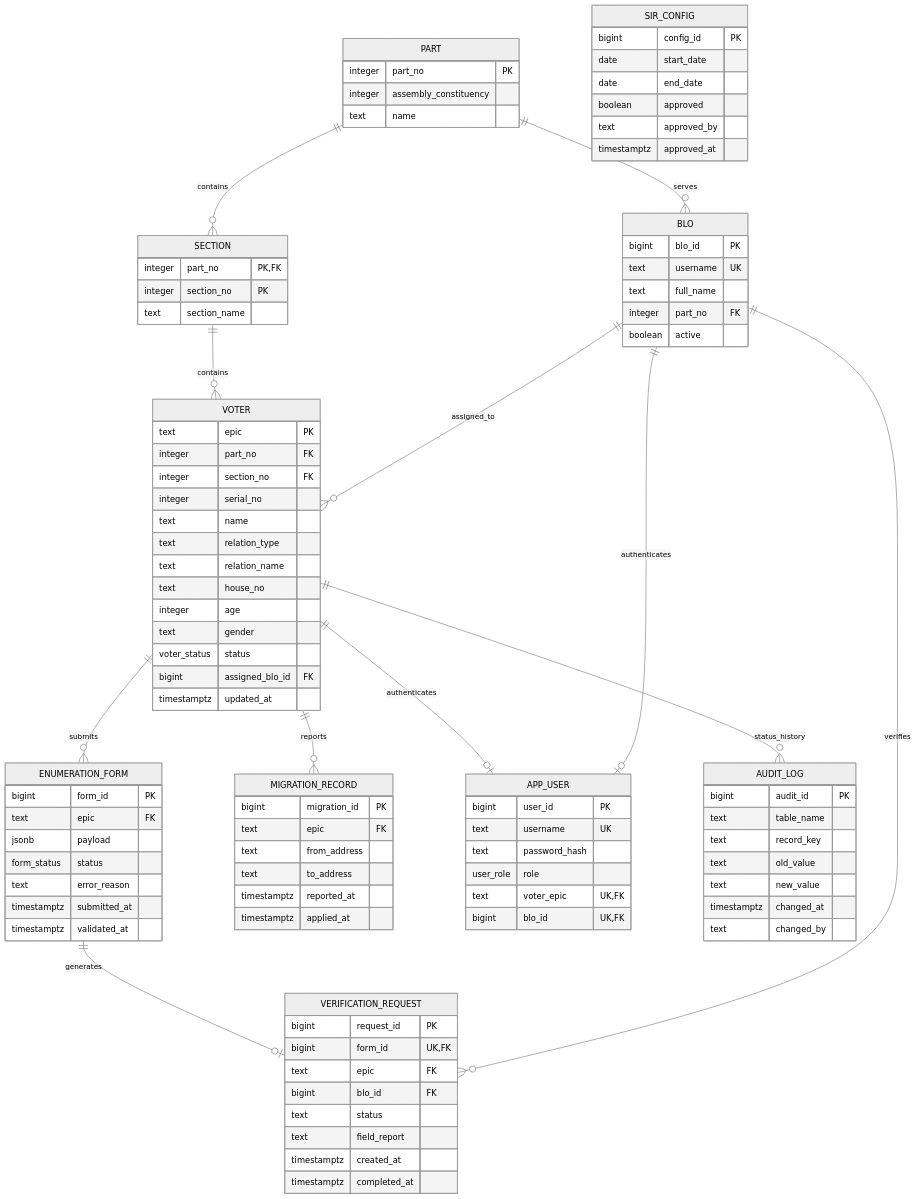
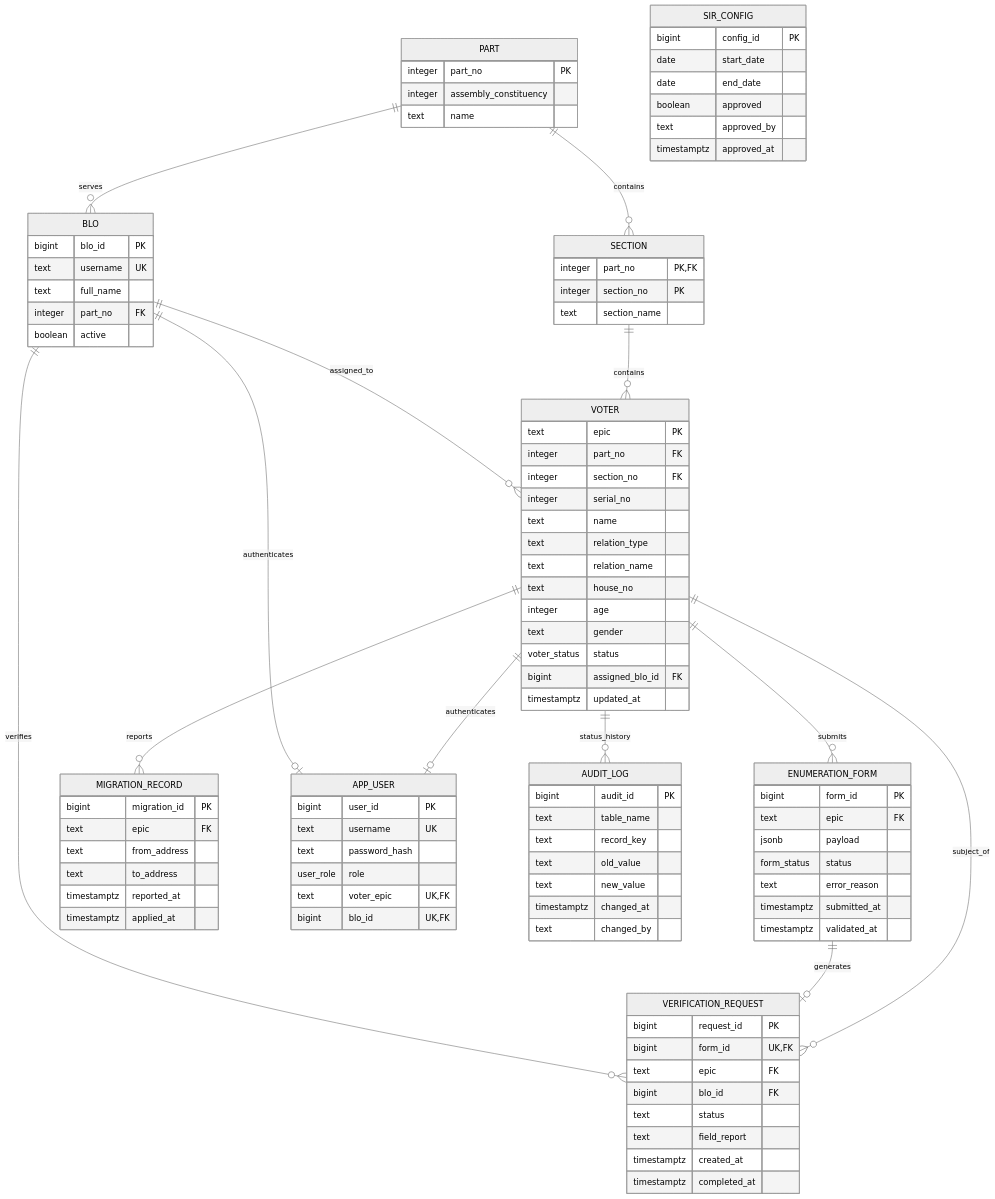
One commit to shreesha84/dbms changed the diagram in docs/design.md. Above: the diagram before and after it, drawn with Mermaid (neutral theme). The commit also changed other lines of this file and 8 other files, not shown here.

```diff
--- a/docs/design.md
+++ b/docs/design.md
@@ -137,6 +137,7 @@
     SECTION ||--o{ VOTER : contains
     BLO ||--o{ VOTER : assigned_to
     VOTER ||--o{ ENUMERATION_FORM : submits
+    VOTER ||--o{ VERIFICATION_REQUEST : subject_of
     ENUMERATION_FORM ||--o| VERIFICATION_REQUEST : generates
     BLO ||--o{ VERIFICATION_REQUEST : verifies
     VOTER ||--o{ MIGRATION_RECORD : reports
```
